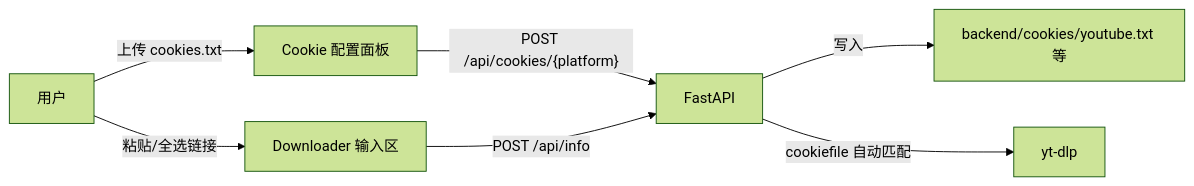
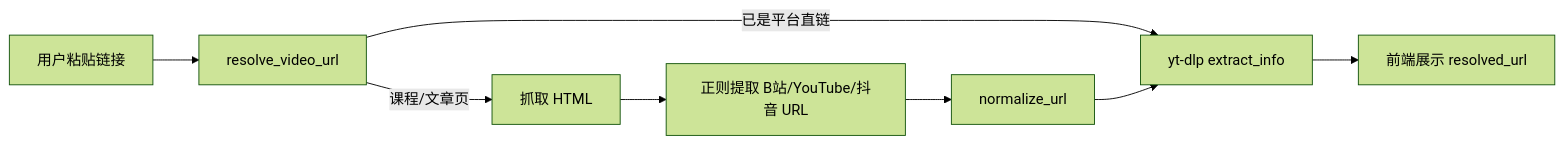
Before and after one commit to qwy000/veloclip: the second of 2 diagrams in docs/方案设计.md, drawn with Mermaid (forest theme). The commit also changed other lines of this file and 5 other files, not shown here.

````diff
--- a/docs/方案设计.md
+++ b/docs/方案设计.md
@@ -296,9 +299,10 @@
 ```mermaid
 flowchart LR
-  user["用户"] -->|"粘贴/全选链接"| input["Downloader 输入区"]
-  user -->|"上传 cookies.txt"| cookieUI["Cookie 配置面板"]
-  cookieUI -->|"POST /api/cookies/{platform}"| api["FastAPI"]
-  api -->|"写入"| files["backend/cookies/youtube.txt 等"]
-  input -->|"POST /api/info"| api
-  api -->|"cookiefile 自动匹配"| ytdlp["yt-dlp"]
+  user["用户粘贴链接"] --> resolve["resolve_video_url"]
+  resolve -->|"已是平台直链"| ytdlp["yt-dlp extract_info"]
+  resolve -->|"课程/文章页"| fetch["抓取 HTML"]
+  fetch --> extract["正则提取 B站/YouTube/抖音 URL"]
+  extract --> normalize["normalize_url"]
+  normalize --> ytdlp
+  ytdlp --> ui["前端展示 resolved_url"]
 ```
````
